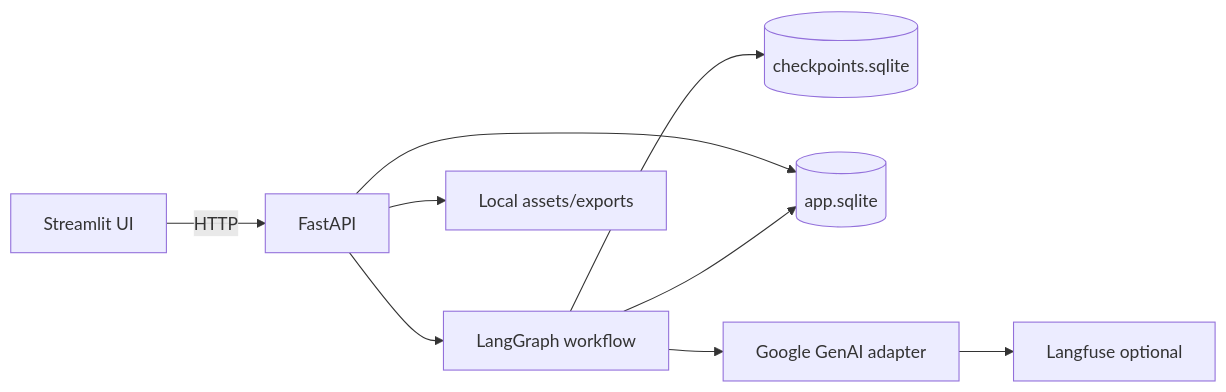
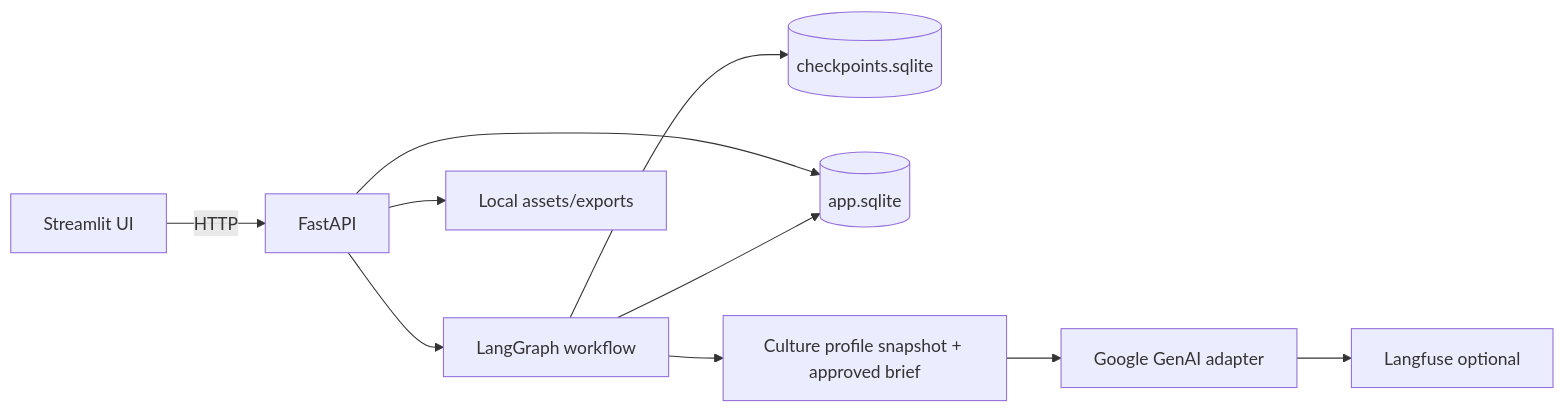
Before and after one commit to jaybaradd/screenplay: the diagram in README.md, drawn with Mermaid. The commit also changed other lines of this file and 139 other files, not shown here.

````diff
--- a/README.md
+++ b/README.md
@@ -92,11 +116,12 @@
 ```mermaid
 flowchart LR
     UI[Streamlit UI] -->|HTTP| API[FastAPI]
     API --> WF[LangGraph workflow]
     WF --> CP[(checkpoints.sqlite)]
     API --> DB[(app.sqlite)]
     WF --> DB
-    WF --> AI[Google GenAI adapter]
+    WF --> CR[Culture profile snapshot + approved brief]
+    CR --> AI[Google GenAI adapter]
     AI --> LF[Langfuse optional]
     API --> FS[Local assets/exports]
 ```
````
